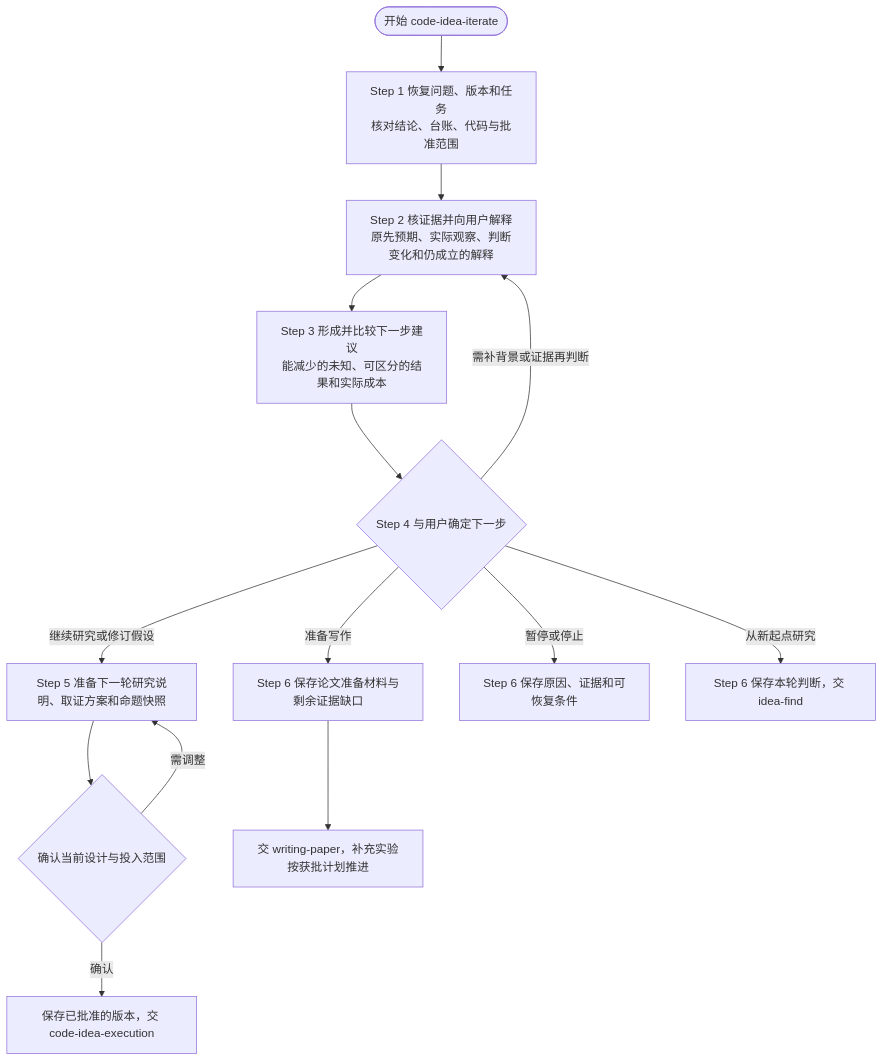
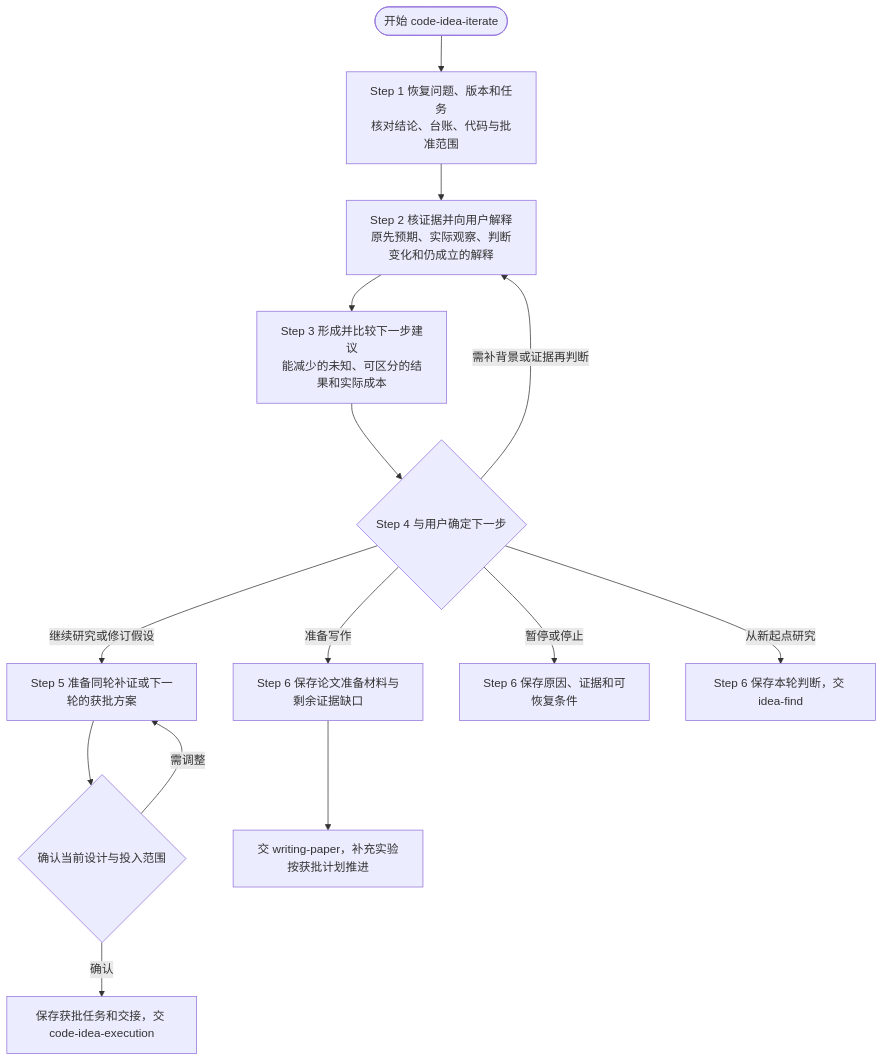
The second of 2 diagrams in plugins/dl-assistant/skills/code-idea-iterate/SKILL.md (jackwang0108/dl-assistant), drawn with Mermaid before and after one commit. The commit also changed other lines of this file and 26 other files, not shown here.

````diff
--- a/plugins/dl-assistant/skills/code-idea-iterate/SKILL.md
+++ b/plugins/dl-assistant/skills/code-idea-iterate/SKILL.md
@@ -55,16 +54,16 @@
 ```mermaid
 flowchart TD
     START(["开始 code-idea-iterate"]) --> S1["Step 1 恢复问题、版本和任务<br/>核对结论、台账、代码与批准范围"]
     S1 --> S2["Step 2 核证据并向用户解释<br/>原先预期、实际观察、判断变化和仍成立的解释"]
     S2 --> S3["Step 3 形成并比较下一步建议<br/>能减少的未知、可区分的结果和实际成本"]
     S3 --> S4{"Step 4 与用户确定下一步"}
     S4 -->|"需补背景或证据再判断"| S2
-    S4 -->|"继续研究或修订假设"| S5["Step 5 准备下一轮研究说明、取证方案和命题快照"]
+    S4 -->|"继续研究或修订假设"| S5["Step 5 准备同轮补证或下一轮的获批方案"]
     S5 --> REVIEW{"确认当前设计与投入范围"}
     REVIEW -->|"需调整"| S5
-    REVIEW -->|"确认"| EX["保存已批准的版本，交 code-idea-execution"]
+    REVIEW -->|"确认"| EX["保存获批任务和交接，交 code-idea-execution"]
     S4 -->|"准备写作"| WRITE["Step 6 保存论文准备材料与剩余证据缺口"]
     WRITE --> PKG["交 writing-paper，补充实验按获批计划推进"]
     S4 -->|"暂停或停止"| HOLD["Step 6 保存原因、证据和可恢复条件"]
     S4 -->|"从新起点研究"| IF["Step 6 保存本轮判断，交 idea-find"]
 ```
````
